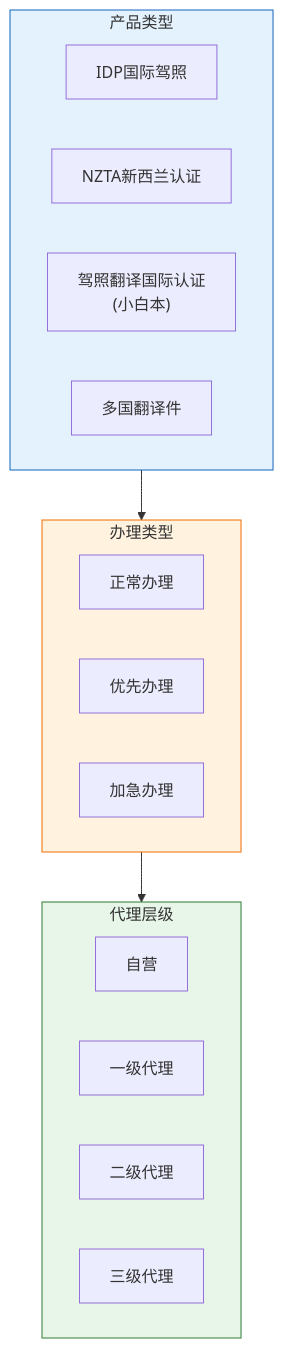
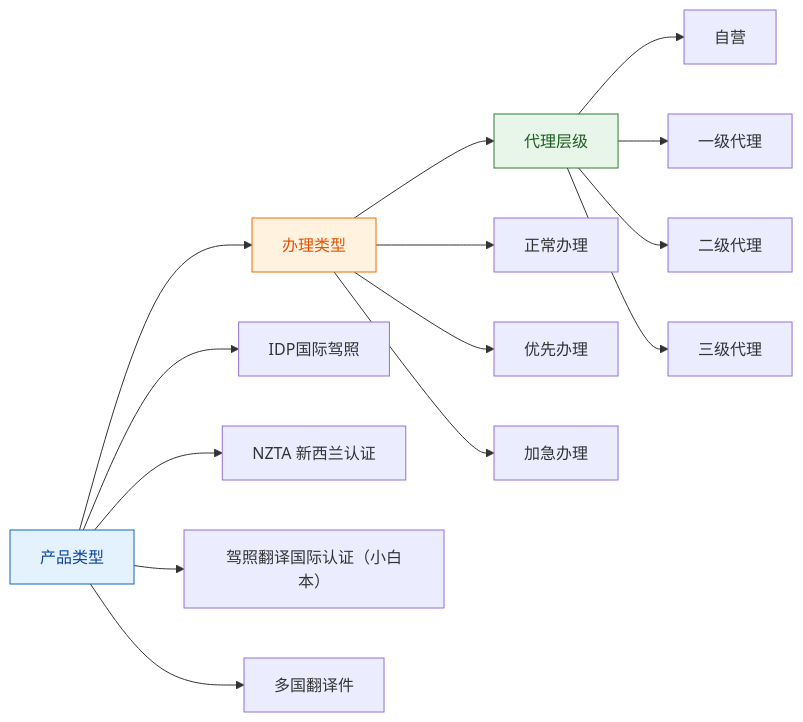
The fourth of 5 diagrams in specs/MEI_KA_YANSHI.md (y15138550722-ops/mei-ka), drawn with Mermaid before and after one commit. The commit also changed other lines of this file, not shown here.

````diff
--- a/specs/MEI_KA_YANSHI.md
+++ b/specs/MEI_KA_YANSHI.md
@@ -202,29 +212,23 @@
 ```mermaid
-graph TB
-    subgraph products["产品类型"]
-        P1["IDP国际驾照"]
-        P2["NZTA新西兰认证"]
-        P3["驾照翻译国际认证<br/>(小白本)"]
-        P4["多国翻译件"]
-    end
+graph LR
+    H1["产品类型"] --> H2["办理类型"]
+    H2 --> H3["代理层级"]
 
-    subgraph types["办理类型"]
-        T1["正常办理"]
-        T2["优先办理"]
-        T3["加急办理"]
-    end
+    H1 --> P1["IDP国际驾照"]
+    H1 --> P2["NZTA 新西兰认证"]
+    H1 --> P3["驾照翻译国际认证（小白本）"]
+    H1 --> P4["多国翻译件"]
 
-    subgraph agents["代理层级"]
-        A1["自营"]
-        A2["一级代理"]
-        A3["二级代理"]
-        A4["三级代理"]
-    end
+    H2 --> T1["正常办理"]
+    H2 --> T2["优先办理"]
+    H2 --> T3["加急办理"]
 
-    products --> types
-    types --> agents
+    H3 --> A1["自营"]
+    H3 --> A2["一级代理"]
+    H3 --> A3["二级代理"]
+    H3 --> A4["三级代理"]
 
-    style products fill:#E3F2FD,stroke:#1565C0
-    style types fill:#FFF3E0,stroke:#EF6C00
-    style agents fill:#E8F5E9,stroke:#2E7D32
+    style H1 fill:#E3F2FD,stroke:#1565C0,color:#0D47A1
+    style H2 fill:#FFF3E0,stroke:#EF6C00,color:#E65100
+    style H3 fill:#E8F5E9,stroke:#2E7D32,color:#1B5E20
 ```
````
